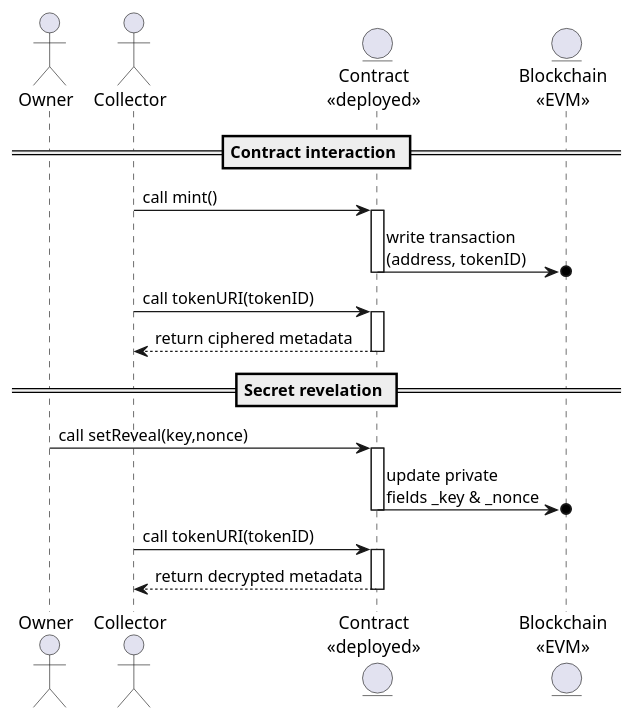
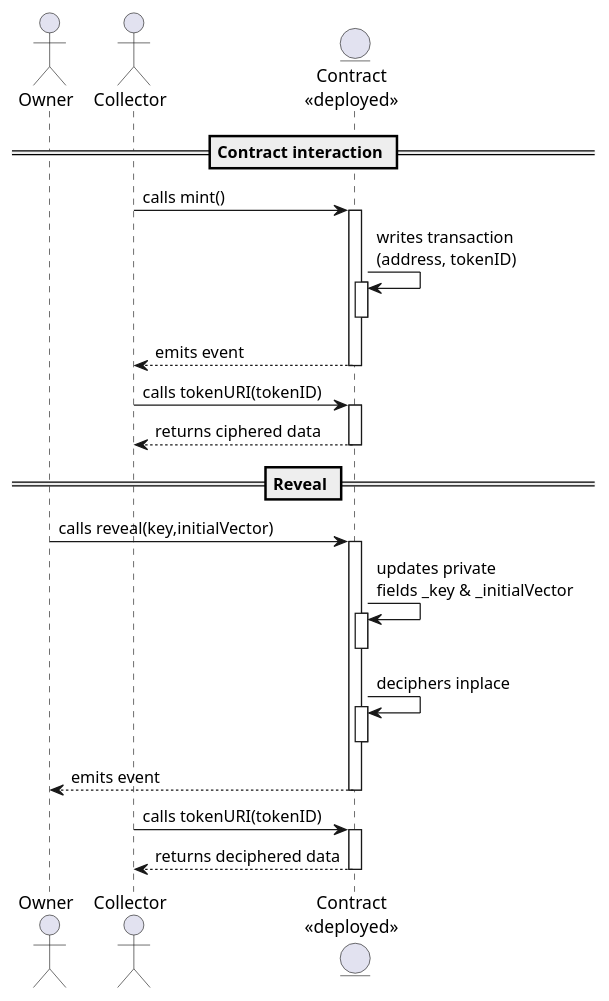
Before and after one commit to bortch/Revealable: the diagram in docs/Contract_interaction_SeqDiag.puml, drawn with PlantUML. The commit also changed 3 other files, not shown here.

```diff
--- a/docs/Contract_interaction_SeqDiag.puml
+++ b/docs/Contract_interaction_SeqDiag.puml
@@ -1,29 +1,39 @@
 @startuml
 
 'autonumber
 actor       Owner                       as o
 actor       Collector                   as c
 entity      "Contract\n<<deployed>>"    as contract
-entity      "Blockchain\n<<EVM>>"         as net
 
 == Contract interaction ==
-c -> contract : call mint()
+c -> contract : calls mint()
 activate contract
-contract ->o net : write transaction\n(address, tokenID)
+contract -> contract : writes transaction\n(address, tokenID)
+activate contract
 deactivate contract
-c -> contract : call tokenURI(tokenID)
-activate contract
-contract --> c : return ciphered metadata
+contract --> c : emits event
 deactivate contract
 
-== Secret revelation ==
-o -> contract : call setReveal(key,nonce)
+c -> contract : calls tokenURI(tokenID)
 activate contract
-contract ->o net : update private\nfields _key & _nonce
+contract --> c : returns ciphered data
 deactivate contract
-c -> contract : call tokenURI(tokenID)
+
+== Reveal ==
+o -> contract : calls reveal(key,initialVector)
 activate contract
-contract --> c : return decrypted metadata
+contract -> contract : updates private\nfields _key & _initialVector
+activate contract
+deactivate contract
+contract -> contract : deciphers inplace
+'deactivate contract
+activate contract
+deactivate contract
+contract --> o : emits event
+deactivate contract
+c -> contract : calls tokenURI(tokenID)
+activate contract
+contract --> c : returns deciphered data
 deactivate contract
 
 @enduml
```
